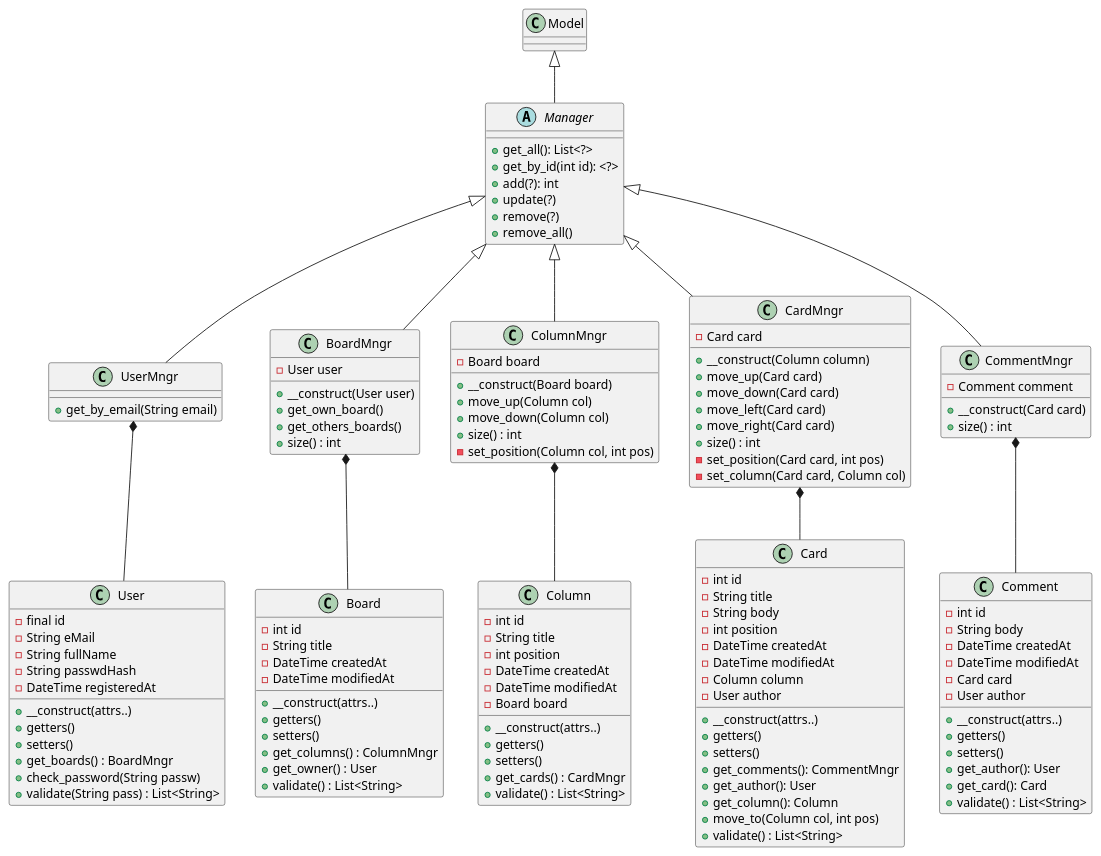
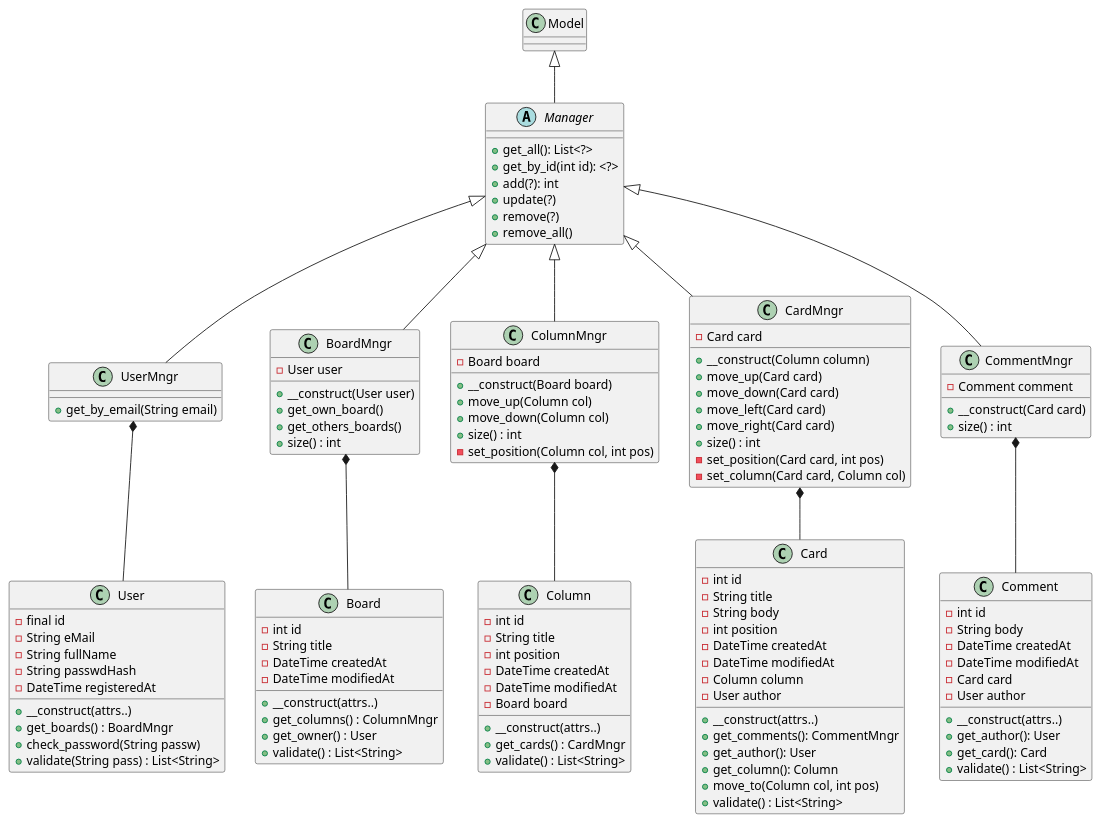
Before and after one commit to etic4/mini-trello-php: the first of 3 diagrams in analyse/Diagrammes-V3.md, drawn with PlantUML. The commit also changed 2 other files, not shown here.

Commit message:
suppression des getters et setters inutiles

```diff
--- a/analyse/Diagrammes-V3.md
+++ b/analyse/Diagrammes-V3.md
@@ -68,8 +68,6 @@
     - DateTime registeredAt
     
     + __construct(attrs..)
-    + getters()
-    + setters()
     + get_boards() : BoardMngr
     + check_password(String passw)
     + validate(String pass) : List<String>
@@ -82,8 +80,6 @@
     - DateTime modifiedAt
     
     + __construct(attrs..)
-    + getters()
-    + setters()
     + get_columns() : ColumnMngr
     + get_owner() : User
     + validate() : List<String>
@@ -97,8 +93,6 @@
     - DateTime modifiedAt
     - Board board
     + __construct(attrs..)
-    + getters()
-    + setters()
     + get_cards() : CardMngr
     + validate() : List<String>
 }
@@ -114,8 +108,6 @@
     - User author
     
     + __construct(attrs..)
-    + getters()
-    + setters()
     + get_comments(): CommentMngr
     + get_author(): User
     + get_column(): Column
@@ -132,8 +124,6 @@
     - User author
 
     + __construct(attrs..)
-    + getters()
-    + setters()
     + get_author(): User
     + get_card(): Card
     + validate() : List<String>
```
